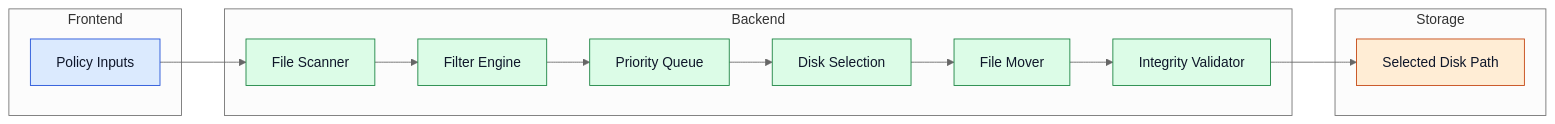
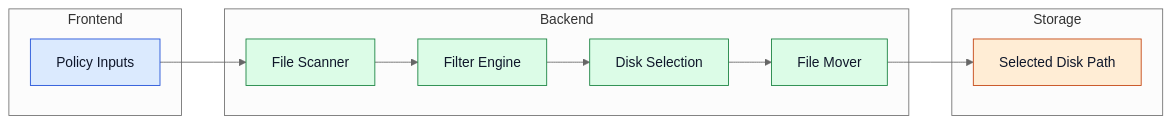
One commit to VulcanoSoftware/eindproject changed the diagram in docusaurus/docs/processing-pipeline.md. Above: the diagram before and after it, drawn with Mermaid (neutral theme). The commit also changed other lines of this file and 4 other files, not shown here.

````diff
--- a/docusaurus/docs/processing-pipeline.md
+++ b/docusaurus/docs/processing-pipeline.md
@@ -12,29 +12,27 @@
 ```mermaid
 flowchart LR
   subgraph Frontend
     RULES[Policy Inputs]
   end
 
   subgraph Backend
     SCAN[File Scanner]
     FILT[Filter Engine]
-    QUEUE[Priority Queue]
     PICK[Disk Selection]
     MOVE[File Mover]
-    VALID[Integrity Validator]
   end
 
   subgraph Storage
     TARGET[Selected Disk Path]
   end
 
-  RULES --> SCAN --> FILT --> QUEUE --> PICK --> MOVE --> VALID --> TARGET
+  RULES --> SCAN --> FILT --> PICK --> MOVE --> TARGET
 
   classDef frontend fill:#dbeafe,stroke:#1d4ed8,color:#0f172a,stroke-width:1px;
   classDef backend fill:#dcfce7,stroke:#15803d,color:#0f172a,stroke-width:1px;
   classDef storage fill:#ffedd5,stroke:#c2410c,color:#0f172a,stroke-width:1px;
 
   class RULES frontend;
-  class SCAN,FILT,QUEUE,PICK,MOVE,VALID backend;
+  class SCAN,FILT,PICK,MOVE backend;
   class TARGET storage;
 ```
````
